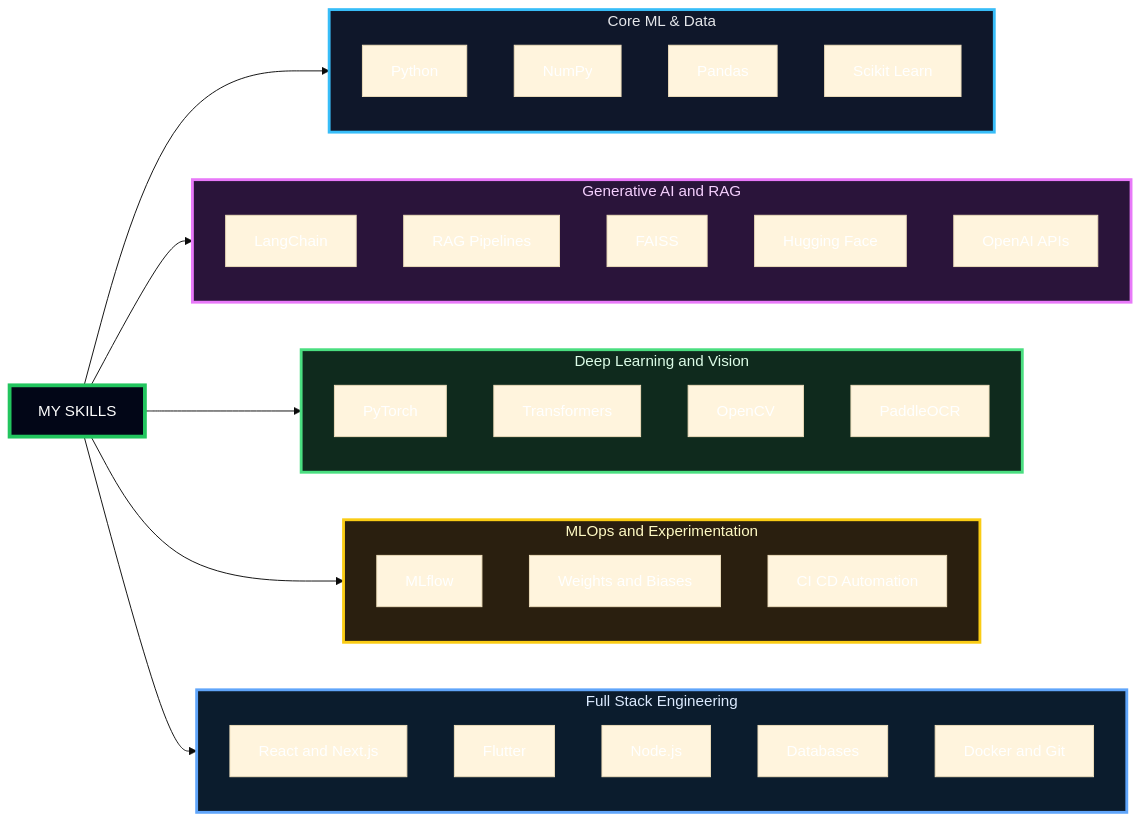
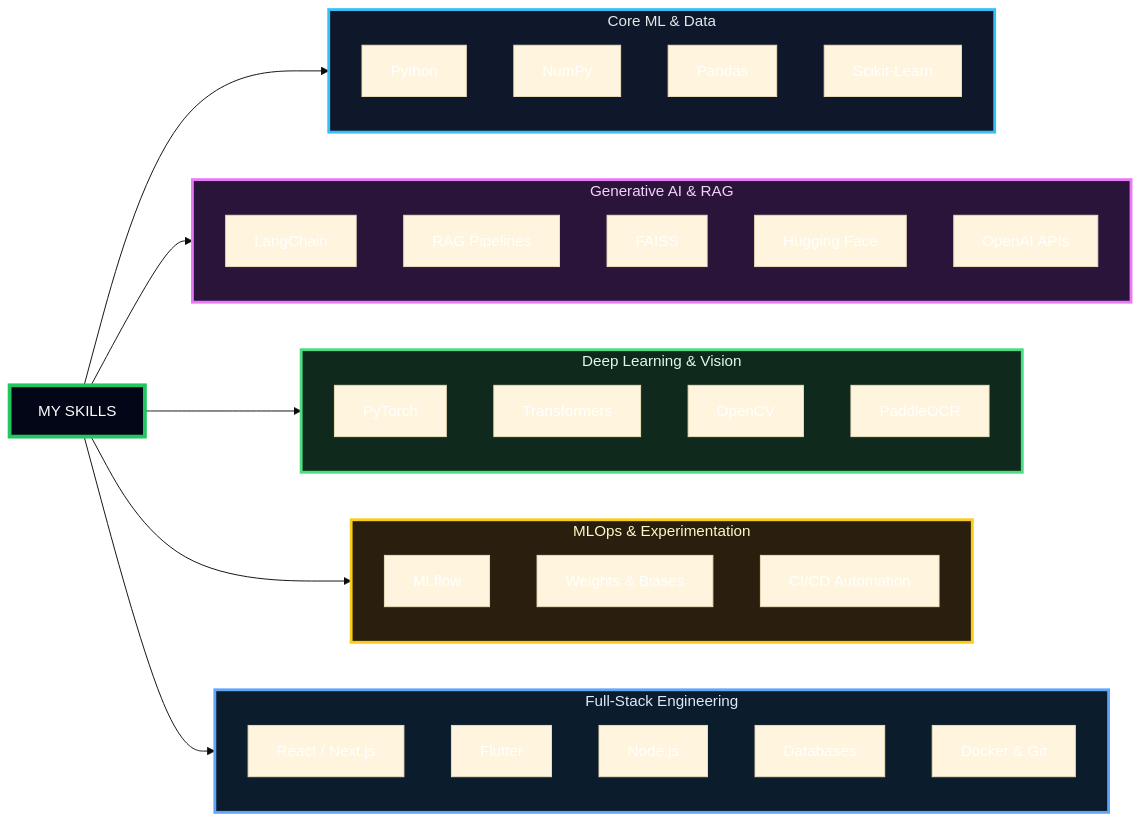
One commit to chandril-mallick/chandril-mallick changed the diagram in README.md. Above: the diagram before and after it, drawn with Mermaid (base theme). The commit also changed other lines of this file, not shown here.

````diff
--- a/README.md
+++ b/README.md
@@ -17,63 +46,53 @@
 ```mermaid
 flowchart LR
-    A[ MY SKILLS]:::root
+    A[MY SKILLS]:::root
 
-    %% ===== CORE ML =====
-    subgraph B[ Core ML & Data]
+    subgraph B[Core ML & Data]
         B1[Python]
         B2[NumPy]
         B3[Pandas]
-        B4[Scikit Learn]
+        B4[Scikit-Learn]
     end
 
-    %% ===== GEN AI =====
-    subgraph C[ Generative AI and RAG]
+    subgraph C[Generative AI & RAG]
         C1[LangChain]
         C2[RAG Pipelines]
         C3[FAISS]
         C4[Hugging Face]
         C5[OpenAI APIs]
     end
 
-    %% ===== VISION =====
-    subgraph D[ Deep Learning and Vision]
+    subgraph D[Deep Learning & Vision]
         D1[PyTorch]
         D2[Transformers]
         D3[OpenCV]
         D4[PaddleOCR]
     end
 
-    %% ===== MLOPS =====
-    subgraph E[ MLOps and Experimentation]
+    subgraph E[MLOps & Experimentation]
         E1[MLflow]
-        E2[Weights and Biases]
-        E3[CI CD Automation]
+        E2[Weights & Biases]
+        E3[CI/CD Automation]
     end
 
-    %% ===== FULL STACK =====
-    subgraph F[ Full Stack Engineering]
-        F1[React and Next.js]
+    subgraph F[Full-Stack Engineering]
+        F1[React / Next.js]
         F2[Flutter]
         F3[Node.js]
         F4[Databases]
-        F5[Docker and Git]
+        F5[Docker & Git]
     end
 
-    %% Connections
     A --> B
     A --> C
     A --> D
     A --> E
     A --> F
 
-    %% Styles
     classDef root fill:#020617,color:#ffffff,stroke:#22c55e,stroke-width:4px;
-
     style B fill:#0f172a,stroke:#38bdf8,stroke-width:3px,color:#e5e7eb
     style C fill:#2a143a,stroke:#e879f9,stroke-width:3px,color:#f5d0fe
     style D fill:#0f2a1d,stroke:#4ade80,stroke-width:3px,color:#dcfce7
     style E fill:#2a1f0f,stroke:#facc15,stroke-width:3px,color:#fef9c3
     style F fill:#0b1c2d,stroke:#60a5fa,stroke-width:3px,color:#dbeafe
-
-
 ```
````
